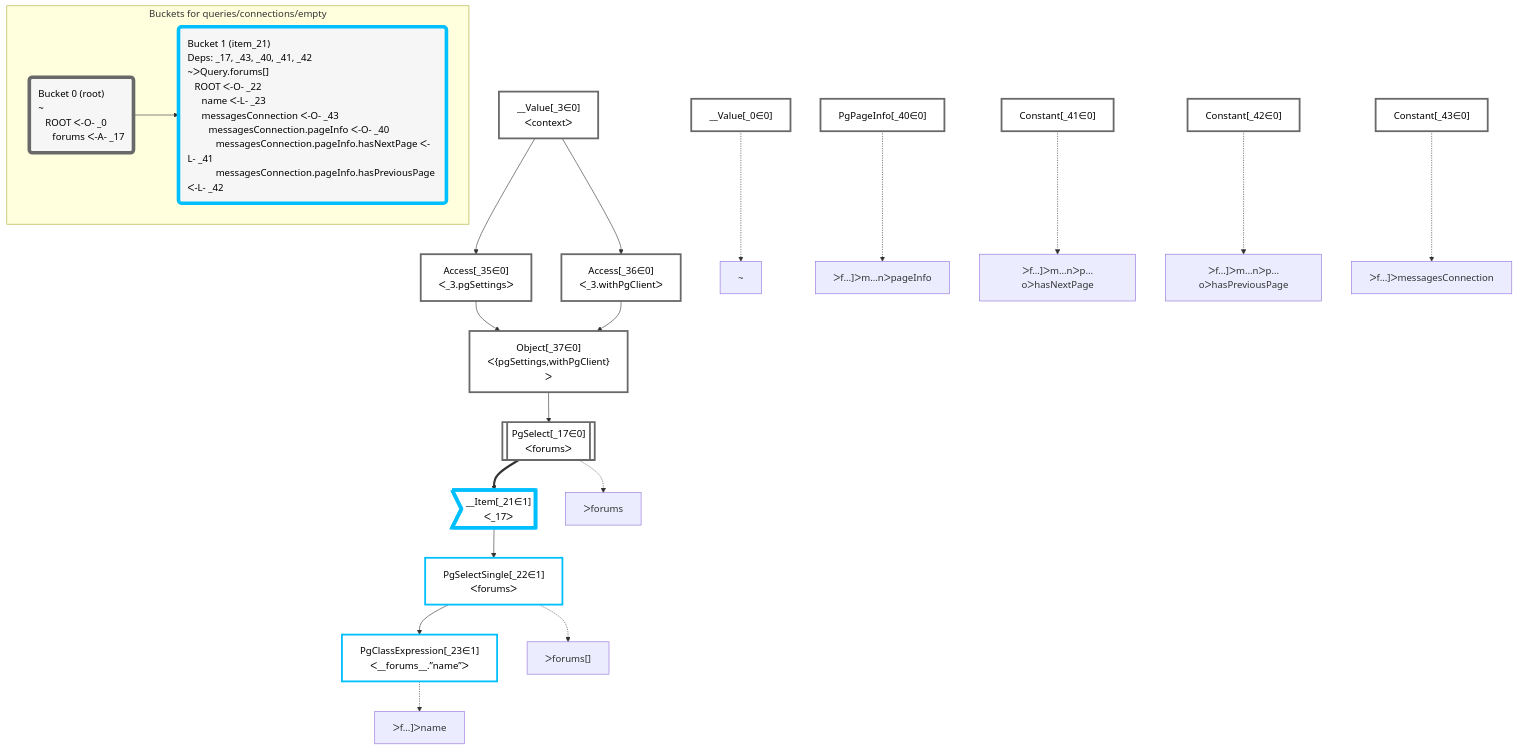
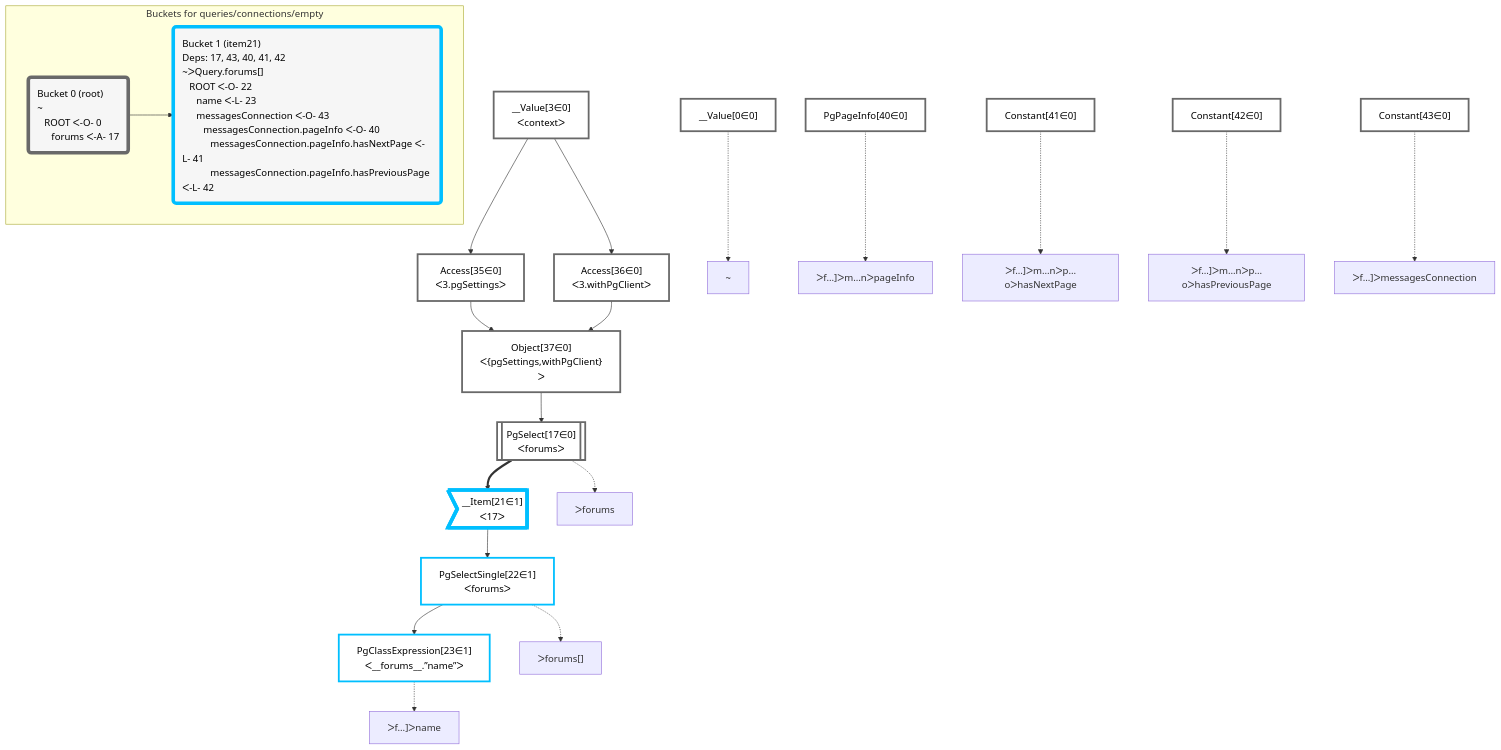
One commit to graphile/crystal changed the diagram in packages/dataplan-pg/__tests__/queries/connections/empty.mermaid.md. Above: the diagram before and after it, drawn with Mermaid. The commit also changed 195 other files, not shown here.

````diff
--- a/packages/dataplan-pg/__tests__/queries/connections/empty.mermaid.md
+++ b/packages/dataplan-pg/__tests__/queries/connections/empty.mermaid.md
@@ -1,61 +1,61 @@
 ```mermaid
 graph TD
     classDef path fill:#eee,stroke:#000,color:#000
     classDef plan fill:#fff,stroke-width:3px,color:#000
     classDef itemplan fill:#fff,stroke-width:6px,color:#000
     classDef sideeffectplan fill:#f00,stroke-width:6px,color:#000
     classDef bucket fill:#f6f6f6,color:#000,stroke-width:6px,text-align:left
 
 
     %% define plans
-    __Value_0["__Value[_0∈0]"]:::plan
-    PgClassExpression_23["PgClassExpression[_23∈1]<br />ᐸ__forums__.”name”ᐳ"]:::plan
-    PgSelectSingle_22["PgSelectSingle[_22∈1]<br />ᐸforumsᐳ"]:::plan
-    __Item_21>"__Item[_21∈1]<br />ᐸ_17ᐳ"]:::itemplan
-    PgSelect_17[["PgSelect[_17∈0]<br />ᐸforumsᐳ"]]:::plan
-    Object_37["Object[_37∈0]<br />ᐸ{pgSettings,withPgClient}ᐳ"]:::plan
-    Access_35["Access[_35∈0]<br />ᐸ_3.pgSettingsᐳ"]:::plan
-    Access_36["Access[_36∈0]<br />ᐸ_3.withPgClientᐳ"]:::plan
-    __Value_3["__Value[_3∈0]<br />ᐸcontextᐳ"]:::plan
-    Constant_43["Constant[_43∈0]"]:::plan
-    PgPageInfo_40["PgPageInfo[_40∈0]"]:::plan
-    Constant_41["Constant[_41∈0]"]:::plan
-    Constant_42["Constant[_42∈0]"]:::plan
+    __Value0["__Value[0∈0]"]:::plan
+    PgClassExpression23["PgClassExpression[23∈1]<br />ᐸ__forums__.”name”ᐳ"]:::plan
+    PgSelectSingle22["PgSelectSingle[22∈1]<br />ᐸforumsᐳ"]:::plan
+    __Item21>"__Item[21∈1]<br />ᐸ17ᐳ"]:::itemplan
+    PgSelect17[["PgSelect[17∈0]<br />ᐸforumsᐳ"]]:::plan
+    Object37["Object[37∈0]<br />ᐸ{pgSettings,withPgClient}ᐳ"]:::plan
+    Access35["Access[35∈0]<br />ᐸ3.pgSettingsᐳ"]:::plan
+    Access36["Access[36∈0]<br />ᐸ3.withPgClientᐳ"]:::plan
+    __Value3["__Value[3∈0]<br />ᐸcontextᐳ"]:::plan
+    Constant43["Constant[43∈0]"]:::plan
+    PgPageInfo40["PgPageInfo[40∈0]"]:::plan
+    Constant41["Constant[41∈0]"]:::plan
+    Constant42["Constant[42∈0]"]:::plan
 
     %% plan dependencies
-    PgSelectSingle_22 --> PgClassExpression_23
-    __Item_21 --> PgSelectSingle_22
-    PgSelect_17 ==> __Item_21
-    Object_37 --> PgSelect_17
-    Access_35 & Access_36 --> Object_37
-    __Value_3 --> Access_35
-    __Value_3 --> Access_36
+    PgSelectSingle22 --> PgClassExpression23
+    __Item21 --> PgSelectSingle22
+    PgSelect17 ==> __Item21
+    Object37 --> PgSelect17
+    Access35 & Access36 --> Object37
+    __Value3 --> Access35
+    __Value3 --> Access36
 
     %% plan-to-path relationships
-    P_0["~"]
-    __Value_0 -.-> P_0
-    P_17["ᐳforums"]
-    PgSelect_17 -.-> P_17
-    P_22["ᐳforums[]"]
-    PgSelectSingle_22 -.-> P_22
-    P_23["ᐳf…]ᐳname"]
-    PgClassExpression_23 -.-> P_23
-    P_40["ᐳf…]ᐳm…nᐳpageInfo"]
-    PgPageInfo_40 -.-> P_40
-    P_41["ᐳf…]ᐳm…nᐳp…oᐳhasNextPage"]
-    Constant_41 -.-> P_41
-    P_42["ᐳf…]ᐳm…nᐳp…oᐳhasPreviousPage"]
-    Constant_42 -.-> P_42
-    P_43["ᐳf…]ᐳmessagesConnection"]
-    Constant_43 -.-> P_43
+    P0["~"]
+    __Value0 -.-> P0
+    P17["ᐳforums"]
+    PgSelect17 -.-> P17
+    P22["ᐳforums[]"]
+    PgSelectSingle22 -.-> P22
+    P23["ᐳf…]ᐳname"]
+    PgClassExpression23 -.-> P23
+    P40["ᐳf…]ᐳm…nᐳpageInfo"]
+    PgPageInfo40 -.-> P40
+    P41["ᐳf…]ᐳm…nᐳp…oᐳhasNextPage"]
+    Constant41 -.-> P41
+    P42["ᐳf…]ᐳm…nᐳp…oᐳhasPreviousPage"]
+    Constant42 -.-> P42
+    P43["ᐳf…]ᐳmessagesConnection"]
+    Constant43 -.-> P43
 
     subgraph "Buckets for queries/connections/empty"
-    Bucket0("Bucket 0 (root)<br />~<br />⠀ROOT ᐸ-O- _0<br />⠀⠀forums ᐸ-A- _17"):::bucket
+    Bucket0("Bucket 0 (root)<br />~<br />⠀ROOT ᐸ-O- 0<br />⠀⠀forums ᐸ-A- 17"):::bucket
     classDef bucket0 stroke:#696969
-    class Bucket0,__Value_0,__Value_3,PgSelect_17,Access_35,Access_36,Object_37,PgPageInfo_40,Constant_41,Constant_42,Constant_43 bucket0
-    Bucket1("Bucket 1 (item_21)<br />Deps: _17, _43, _40, _41, _42<br />~ᐳQuery.forums[]<br />⠀ROOT ᐸ-O- _22<br />⠀⠀name ᐸ-L- _23<br />⠀⠀messagesConnection ᐸ-O- _43<br />⠀⠀⠀messagesConnection.pageInfo ᐸ-O- _40<br />⠀⠀⠀⠀messagesConnection.pageInfo.hasNextPage ᐸ-L- _41<br />⠀⠀⠀⠀messagesConnection.pageInfo.hasPreviousPage ᐸ-L- _42"):::bucket
+    class Bucket0,__Value0,__Value3,PgSelect17,Access35,Access36,Object37,PgPageInfo40,Constant41,Constant42,Constant43 bucket0
+    Bucket1("Bucket 1 (item21)<br />Deps: 17, 43, 40, 41, 42<br />~ᐳQuery.forums[]<br />⠀ROOT ᐸ-O- 22<br />⠀⠀name ᐸ-L- 23<br />⠀⠀messagesConnection ᐸ-O- 43<br />⠀⠀⠀messagesConnection.pageInfo ᐸ-O- 40<br />⠀⠀⠀⠀messagesConnection.pageInfo.hasNextPage ᐸ-L- 41<br />⠀⠀⠀⠀messagesConnection.pageInfo.hasPreviousPage ᐸ-L- 42"):::bucket
     classDef bucket1 stroke:#00bfff
-    class Bucket1,__Item_21,PgSelectSingle_22,PgClassExpression_23 bucket1
+    class Bucket1,__Item21,PgSelectSingle22,PgClassExpression23 bucket1
     Bucket0 --> Bucket1
     end
 ```
````
